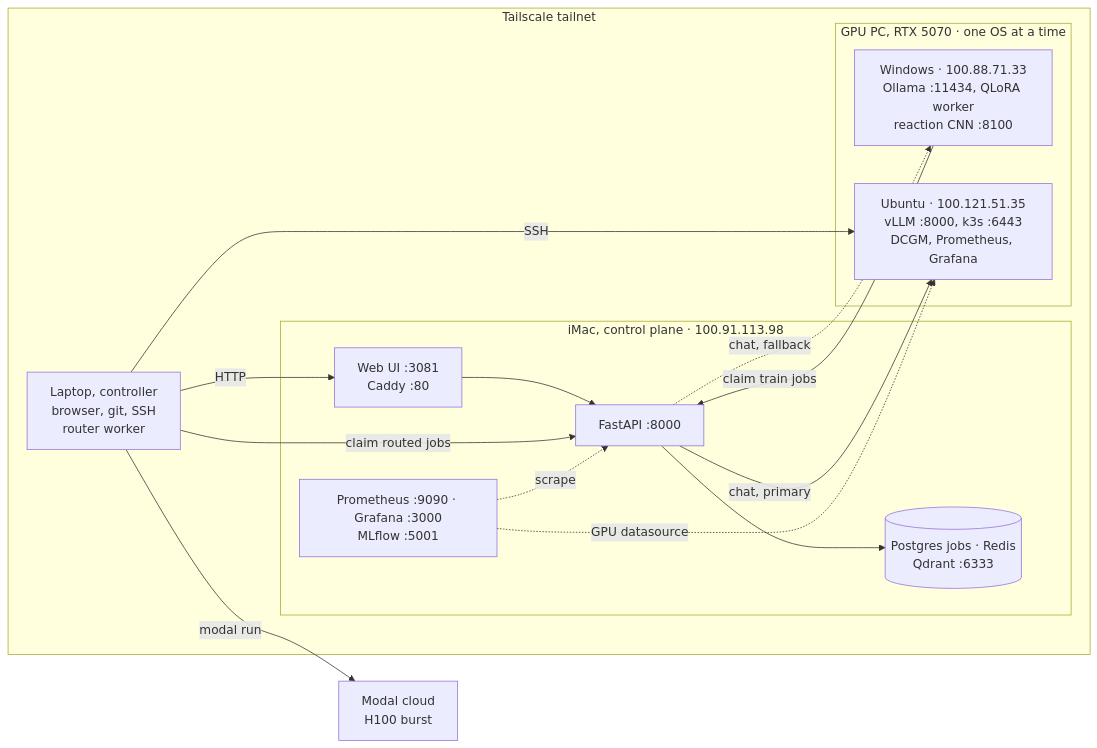
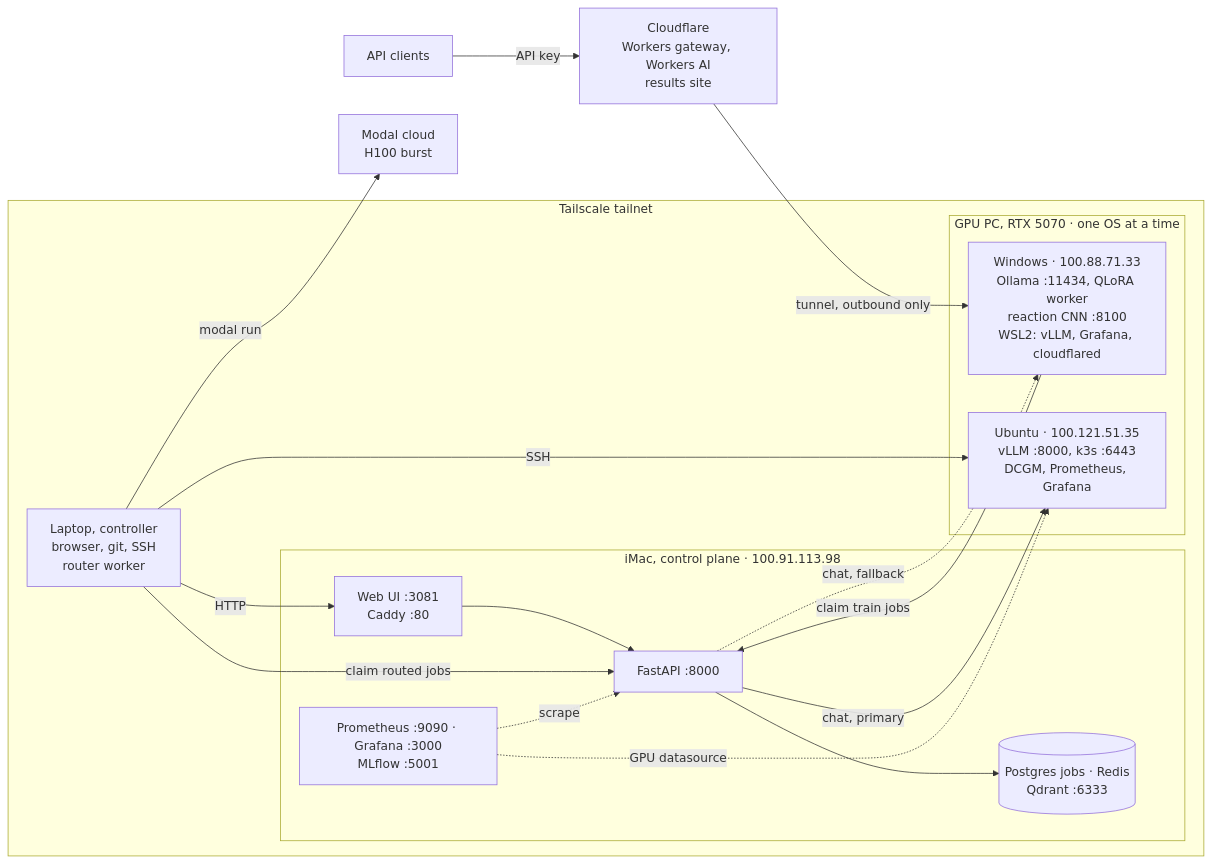
One commit to zakiscoding/homelab changed the diagram in README.md. Above: the diagram before and after it, drawn with Mermaid. The commit also changed other lines of this file and 5 other files, not shown here.

````diff
--- a/README.md
+++ b/README.md
@@ -26,29 +27,33 @@
 ```mermaid
 flowchart LR
   subgraph TAILNET["Tailscale tailnet"]
     LAPTOP["Laptop, controller<br/>browser, git, SSH<br/>router worker"]
     subgraph IMAC["iMac, control plane · 100.91.113.98"]
       WEB["Web UI :3081<br/>Caddy :80"]
       API["FastAPI :8000"]
       DATA[("Postgres jobs · Redis<br/>Qdrant :6333")]
       MON["Prometheus :9090 · Grafana :3000<br/>MLflow :5001"]
     end
     subgraph GPUPC["GPU PC, RTX 5070 · one OS at a time"]
-      WIN["Windows · 100.88.71.33<br/>Ollama :11434, QLoRA worker<br/>reaction CNN :8100"]
+      WIN["Windows · 100.88.71.33<br/>Ollama :11434, QLoRA worker<br/>reaction CNN :8100<br/>WSL2: vLLM, Grafana, cloudflared"]
       UBU["Ubuntu · 100.121.51.35<br/>vLLM :8000, k3s :6443<br/>DCGM, Prometheus, Grafana"]
     end
   end
   MODAL["Modal cloud<br/>H100 burst"]
+  CF["Cloudflare<br/>Workers gateway, Workers AI<br/>results site"]
+  CLIENT["API clients"]
 
   LAPTOP -->|"HTTP"| WEB
   WEB --> API
   API --> DATA
   API -->|"chat, primary"| UBU
   API -.->|"chat, fallback"| WIN
   WIN -->|"claim train jobs"| API
   LAPTOP -->|"claim routed jobs"| API
   LAPTOP -->|"SSH"| UBU
   LAPTOP -->|"modal run"| MODAL
   MON -.->|"scrape"| API
   MON -.->|"GPU datasource"| UBU
+  CLIENT -->|"API key"| CF
+  CF -->|"tunnel, outbound only"| WIN
 ```
````
